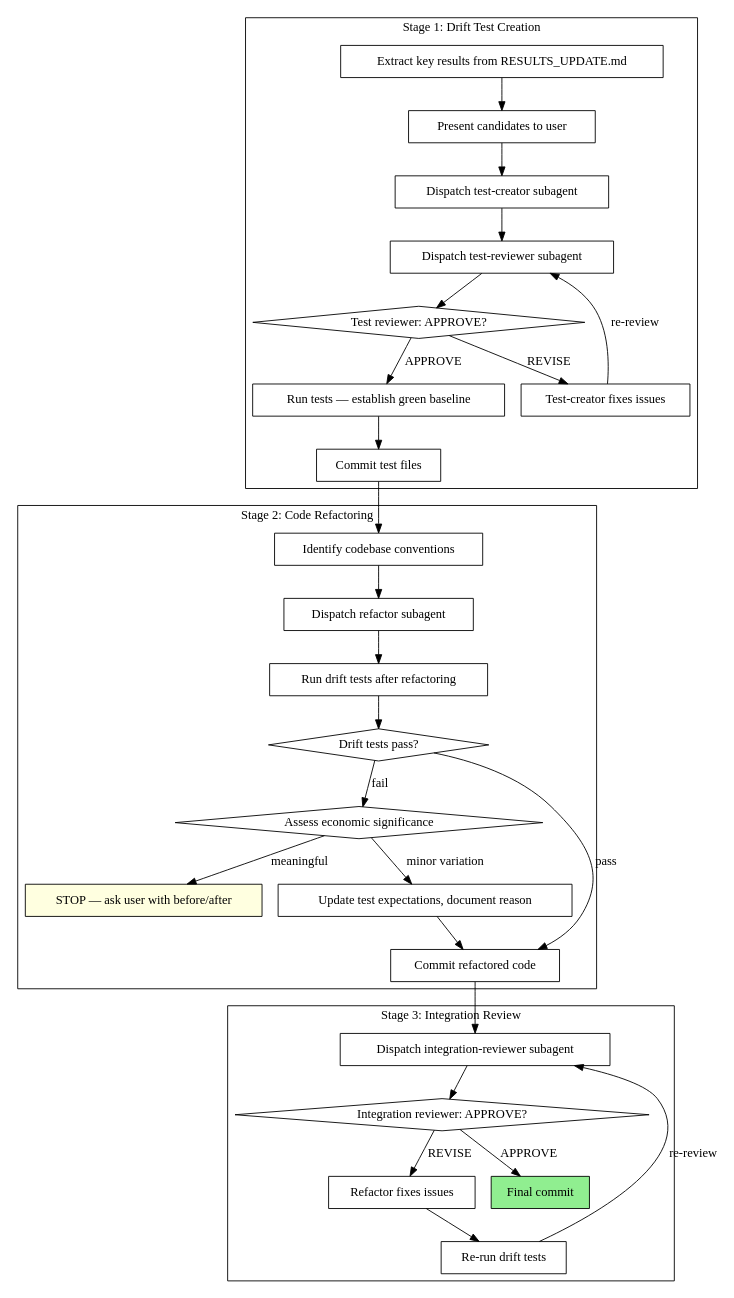
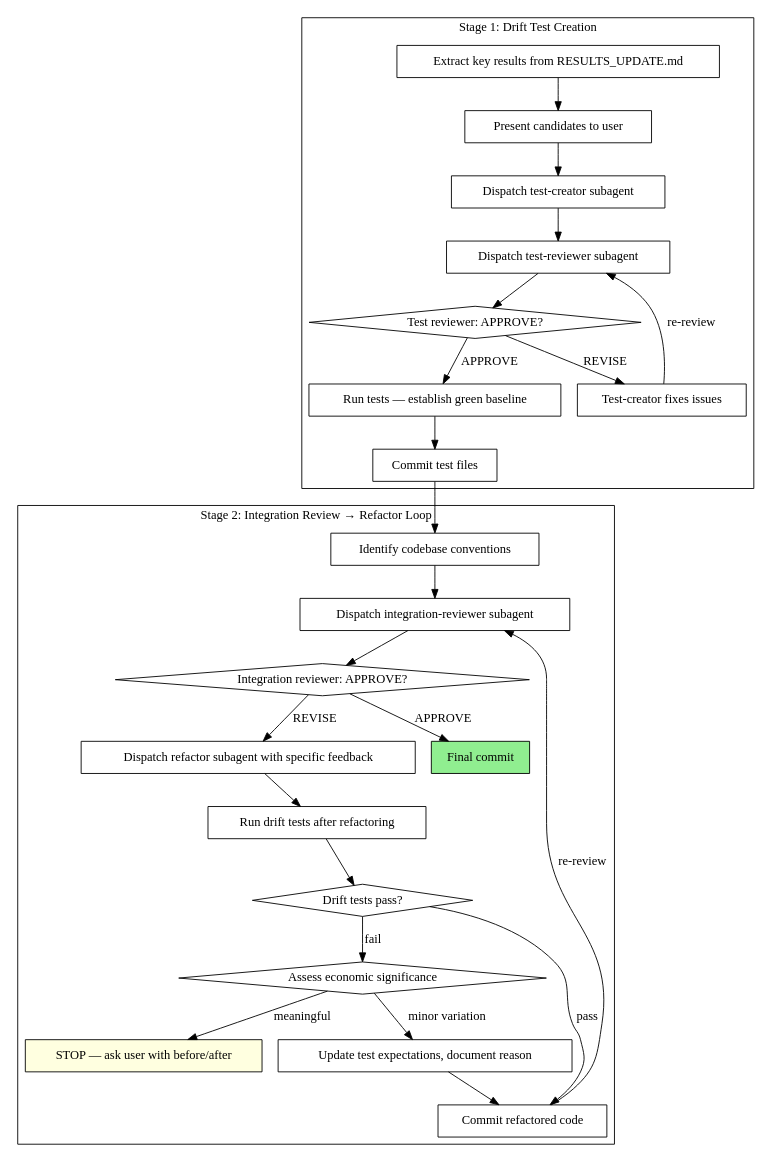
One commit to FuZhiyu/superRA changed the diagram in skills/pre-merge-gate/SKILL.md. Above: the diagram before and after it, drawn with Graphviz. The commit also changed other lines of this file and 1 other file, not shown here.

First line of the commit message:
refactor: Restructure pre-merge gate to review before refactoring

````diff
--- a/skills/pre-merge-gate/SKILL.md
+++ b/skills/pre-merge-gate/SKILL.md
@@ -16,64 +16,55 @@
 ```dot
 digraph pre_merge_gate {
     rankdir=TB;
 
     subgraph cluster_stage1 {
         label="Stage 1: Drift Test Creation";
         "Extract key results from RESULTS_UPDATE.md" [shape=box];
         "Present candidates to user" [shape=box];
         "Dispatch test-creator subagent" [shape=box];
         "Dispatch test-reviewer subagent" [shape=box];
         "Test reviewer: APPROVE?" [shape=diamond];
         "Test-creator fixes issues" [shape=box];
         "Run tests — establish green baseline" [shape=box];
         "Commit test files" [shape=box];
     }
 
     subgraph cluster_stage2 {
-        label="Stage 2: Code Refactoring";
+        label="Stage 2: Integration Review → Refactor Loop";
         "Identify codebase conventions" [shape=box];
-        "Dispatch refactor subagent" [shape=box];
+        "Dispatch integration-reviewer subagent" [shape=box];
+        "Integration reviewer: APPROVE?" [shape=diamond];
+        "Dispatch refactor subagent with specific feedback" [shape=box];
         "Run drift tests after refactoring" [shape=box];
         "Drift tests pass?" [shape=diamond];
         "Assess economic significance" [shape=diamond];
         "STOP — ask user with before/after" [shape=box style=filled fillcolor=lightyellow];
         "Update test expectations, document reason" [shape=box];
         "Commit refactored code" [shape=box];
-    }
-
-    subgraph cluster_stage3 {
-        label="Stage 3: Integration Review";
-        "Dispatch integration-reviewer subagent" [shape=box];
-        "Integration reviewer: APPROVE?" [shape=diamond];
-        "Refactor fixes issues" [shape=box];
-        "Re-run drift tests" [shape=box];
         "Final commit" [shape=box style=filled fillcolor=lightgreen];
     }
 
     "Extract key results from RESULTS_UPDATE.md" -> "Present candidates to user";
     "Present candidates to user" -> "Dispatch test-creator subagent";
     "Dispatch test-creator subagent" -> "Dispatch test-reviewer subagent";
     "Dispatch test-reviewer subagent" -> "Test reviewer: APPROVE?";
     "Test reviewer: APPROVE?" -> "Run tests — establish green baseline" [label="APPROVE"];
     "Test reviewer: APPROVE?" -> "Test-creator fixes issues" [label="REVISE"];
     "Test-creator fixes issues" -> "Dispatch test-reviewer subagent" [label="re-review"];
     "Run tests — establish green baseline" -> "Commit test files";
 
     "Commit test files" -> "Identify codebase conventions";
-    "Identify codebase conventions" -> "Dispatch refactor subagent";
-    "Dispatch refactor subagent" -> "Run drift tests after refactoring";
+    "Identify codebase conventions" -> "Dispatch integration-reviewer subagent";
+    "Dispatch integration-reviewer subagent" -> "Integration reviewer: APPROVE?";
+    "Integration reviewer: APPROVE?" -> "Final commit" [label="APPROVE"];
+    "Integration reviewer: APPROVE?" -> "Dispatch refactor subagent with specific feedback" [label="REVISE"];
+    "Dispatch refactor subagent with specific feedback" -> "Run drift tests after refactoring";
     "Run drift tests after refactoring" -> "Drift tests pass?";
     "Drift tests pass?" -> "Commit refactored code" [label="pass"];
     "Drift tests pass?" -> "Assess economic significance" [label="fail"];
     "Assess economic significance" -> "STOP — ask user with before/after" [label="meaningful"];
     "Assess economic significance" -> "Update test expectations, document reason" [label="minor variation"];
     "Update test expectations, document reason" -> "Commit refactored code";
-
-    "Commit refactored code" -> "Dispatch integration-reviewer subagent";
-    "Dispatch integration-reviewer subagent" -> "Integration reviewer: APPROVE?";
-    "Integration reviewer: APPROVE?" -> "Final commit" [label="APPROVE"];
-    "Integration reviewer: APPROVE?" -> "Refactor fixes issues" [label="REVISE"];
-    "Refactor fixes issues" -> "Re-run drift tests";
-    "Re-run drift tests" -> "Dispatch integration-reviewer subagent" [label="re-review"];
+    "Commit refactored code" -> "Dispatch integration-reviewer subagent" [label="re-review"];
 }
 ```
````
